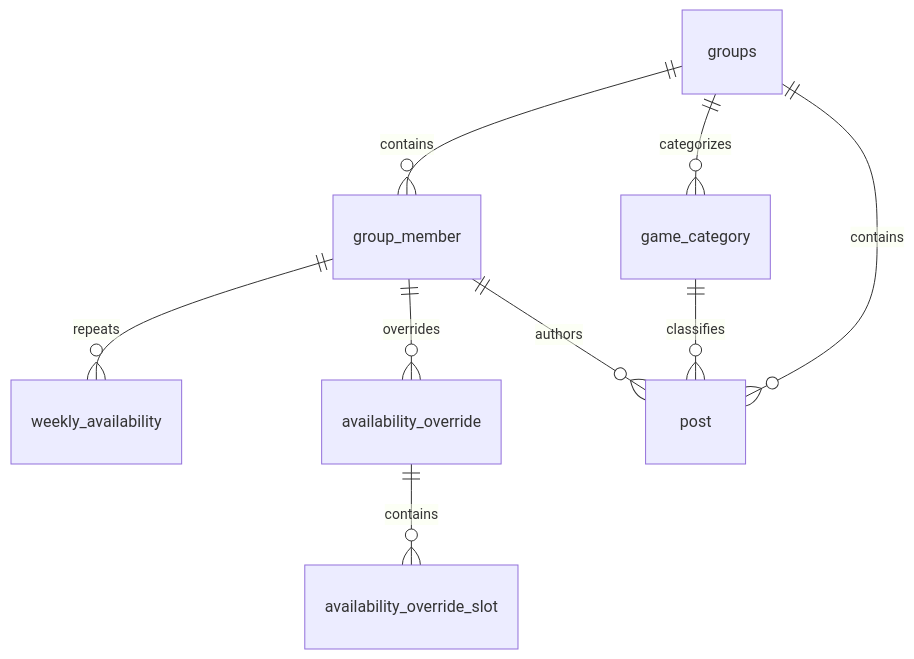
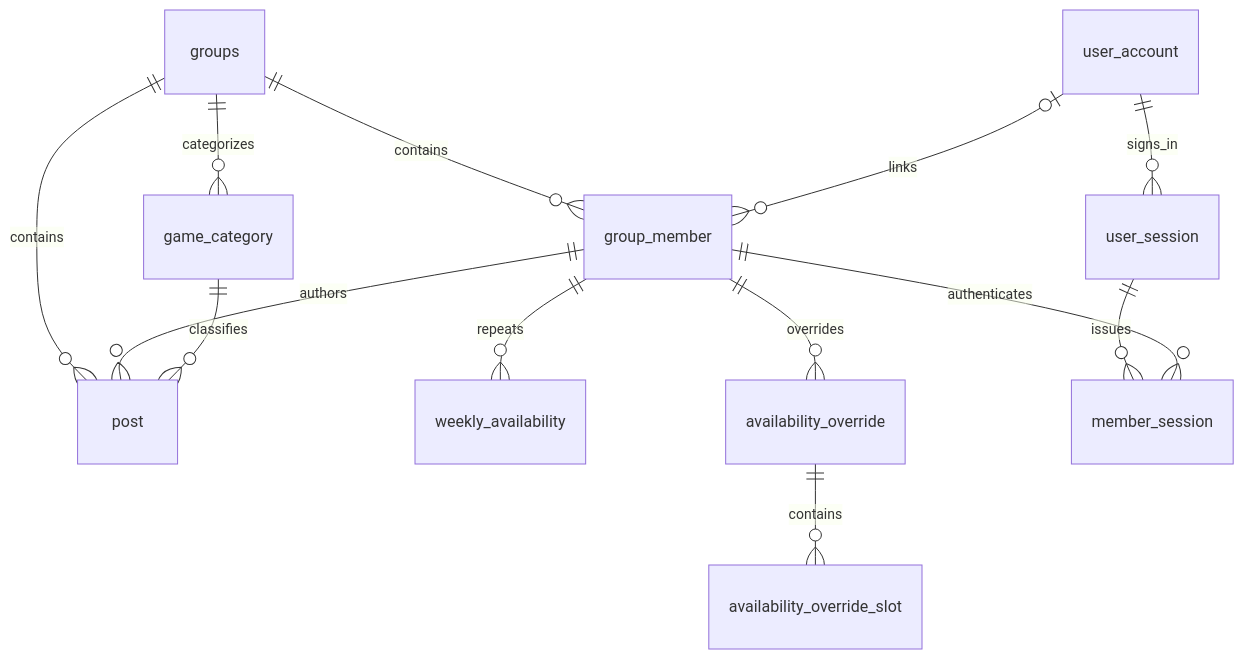
The diagram in docs/erd.md (Dev-SSW/PartySync), drawn with Mermaid before and after one commit. The commit also changed other lines of this file and 3 other files, not shown here.

````diff
--- a/docs/erd.md
+++ b/docs/erd.md
@@ -7,11 +7,15 @@
 ```mermaid
 erDiagram
     groups ||--o{ group_member : contains
     groups ||--o{ game_category : categorizes
     groups ||--o{ post : contains
     group_member ||--o{ weekly_availability : repeats
     group_member ||--o{ availability_override : overrides
     availability_override ||--o{ availability_override_slot : contains
     group_member ||--o{ post : authors
     game_category ||--o{ post : classifies
+    user_account o|--o{ group_member : links
+    user_account ||--o{ user_session : signs_in
+    user_session ||--o{ member_session : issues
+    group_member ||--o{ member_session : authenticates
 ```
````
